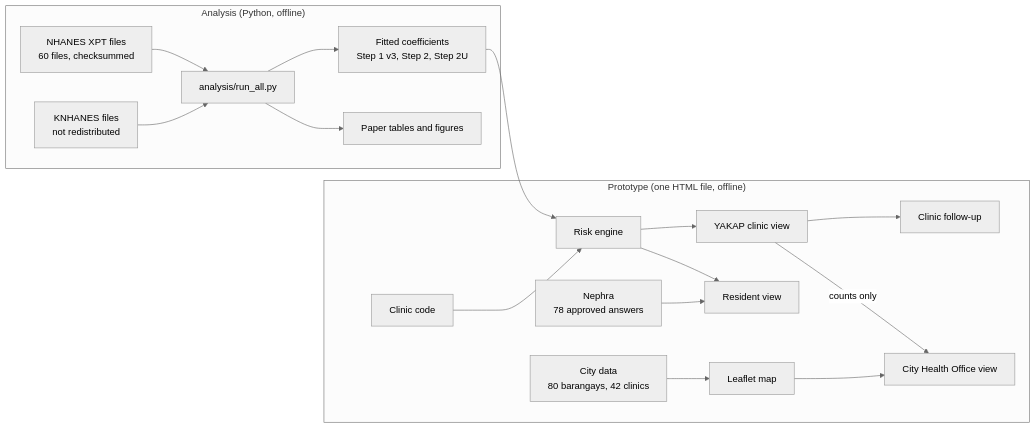
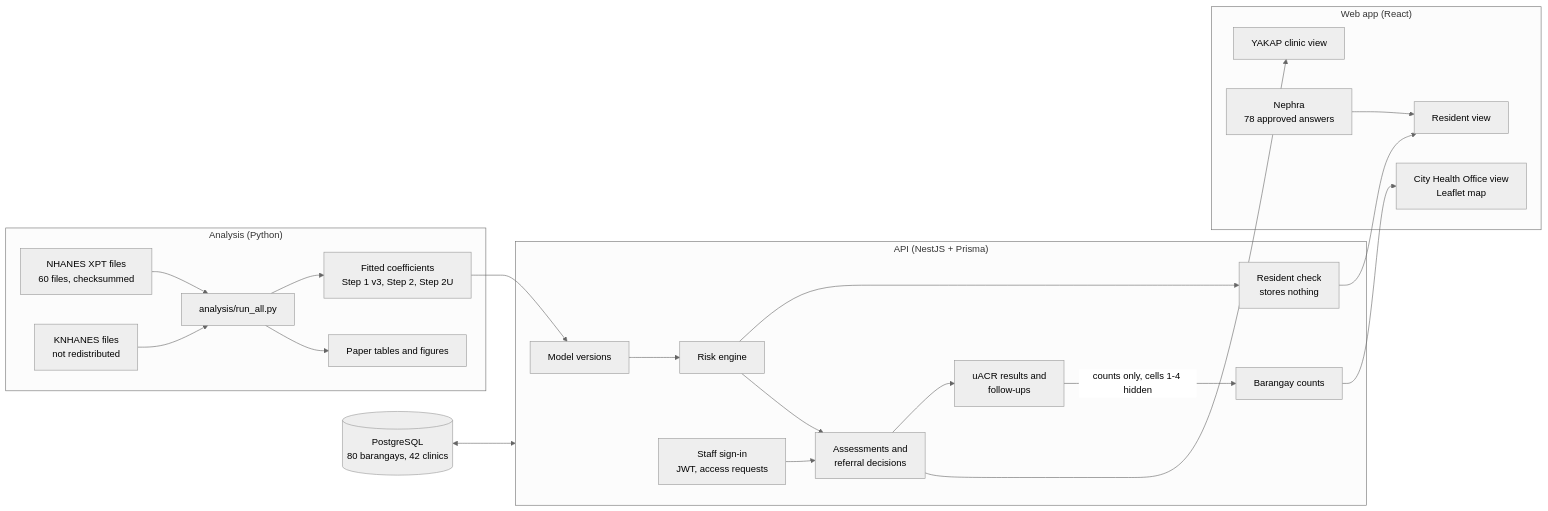
Before and after one commit to IKairuu/NEPHLUX-PJDSC2026: the diagram in README.md, drawn with Mermaid (neutral theme). The commit also changed other lines of this file, not shown here.

Commit message:
docs: describe the web app and lead with the headline results

````diff
--- a/README.md
+++ b/README.md
@@ -380,20 +383,25 @@
 ```mermaid
 flowchart LR
-  subgraph Analysis["Analysis (Python, offline)"]
+  subgraph Analysis["Analysis (Python)"]
     A[NHANES XPT files<br/>60 files, checksummed] --> B[analysis/run_all.py]
     K[KNHANES files<br/>not redistributed] --> B
     B --> C[Fitted coefficients<br/>Step 1 v3, Step 2, Step 2U]
     B --> D[Paper tables and figures]
   end
-  subgraph App["Prototype (one HTML file, offline)"]
-    C --> E[Risk engine]
-    F[Clinic code] --> E
-    G[City data<br/>80 barangays, 42 clinics] --> H[Leaflet map]
-    E --> I[Resident view]
-    E --> J[YAKAP clinic view]
-    J --> L2[Clinic follow-up]
-    J -->|counts only| L[City Health Office view]
-    H --> L
+  subgraph API["API (NestJS + Prisma)"]
+    C --> MV[Model versions]
+    MV --> E[Risk engine]
+    E --> RC[Resident check<br/>stores nothing]
+    E --> AS[Assessments and<br/>referral decisions]
+    AS --> FU[uACR results and<br/>follow-ups]
+    FU -->|counts only, cells 1-4 hidden| BG[Barangay counts]
+    AU[Staff sign-in<br/>JWT, access requests] --> AS
+  end
+  DB[(PostgreSQL<br/>80 barangays, 42 clinics)] <--> API
+  subgraph Web["Web app (React)"]
+    RC --> I[Resident view]
+    AS --> J[YAKAP clinic view]
+    BG --> L[City Health Office view<br/>Leaflet map]
     M[Nephra<br/>78 approved answers] --> I
   end
 ```
````
